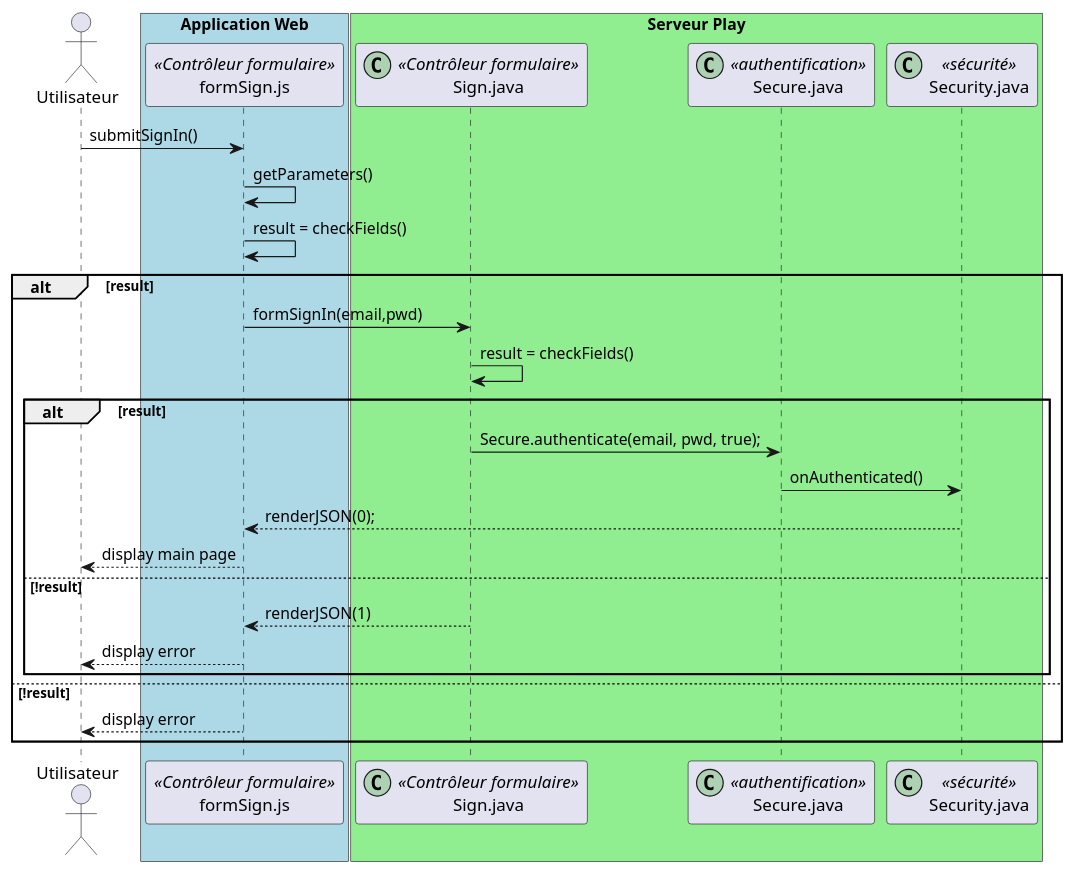
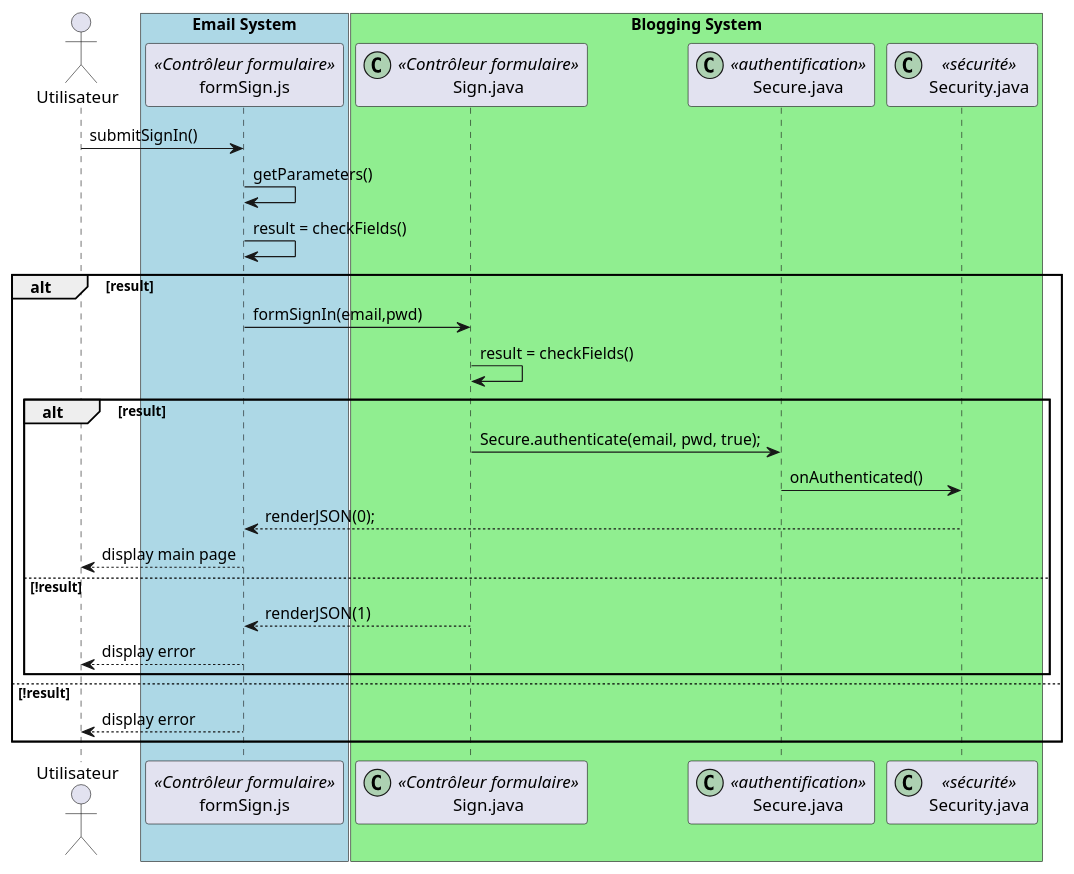
The diagram in samples/blog/UML_Sequence_Diagram_Create_Post.puml (jsa4000/C4-Model-PlantUML), drawn with PlantUML before and after one commit. The commit also changed 1 other file, not shown here.

Commit message:
Added Sequence Diagram

```diff
--- a/samples/blog/UML_Sequence_Diagram_Create_Post.puml
+++ b/samples/blog/UML_Sequence_Diagram_Create_Post.puml
@@ -1,42 +1,42 @@
 @startuml
 
 actor Utilisateur as user
 participant "formSign.js" as form <<Contrôleur formulaire>>
 participant "Sign.java" as controler <<(C,#ADD1B2) Contrôleur formulaire>>
 participant "Secure.java" as secure <<(C,#ADD1B2) authentification>>
 participant "Security.java" as security <<(C,#ADD1B2) sécurité>>
 
-box "Application Web" #LightBlue
+box "Email System" #LightBlue
 	participant form
 end box
 
-box "Serveur Play" #LightGreen
+box "Blogging System" #LightGreen
 	participant controler
 	participant secure
 	participant security
 end box
 
 user -> form : submitSignIn()
 form -> form : getParameters()
 form -> form : result = checkFields()
 
 alt result
 
     form -> controler : formSignIn(email,pwd)
     controler -> controler : result = checkFields()
     
     alt result
     	controler -> secure : Secure.authenticate(email, pwd, true);
     	secure -> security : onAuthenticated()
     	security --> form : renderJSON(0);
     	form --> user : display main page
     else !result
     	controler --> form : renderJSON(1)
     	form --> user : display error
     end
     
 else !result
 	form --> user : display error
 end
 
 @enduml
```
